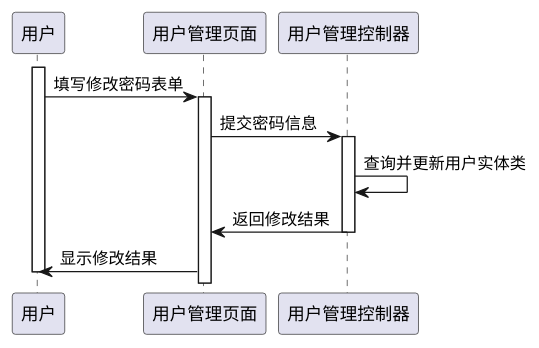
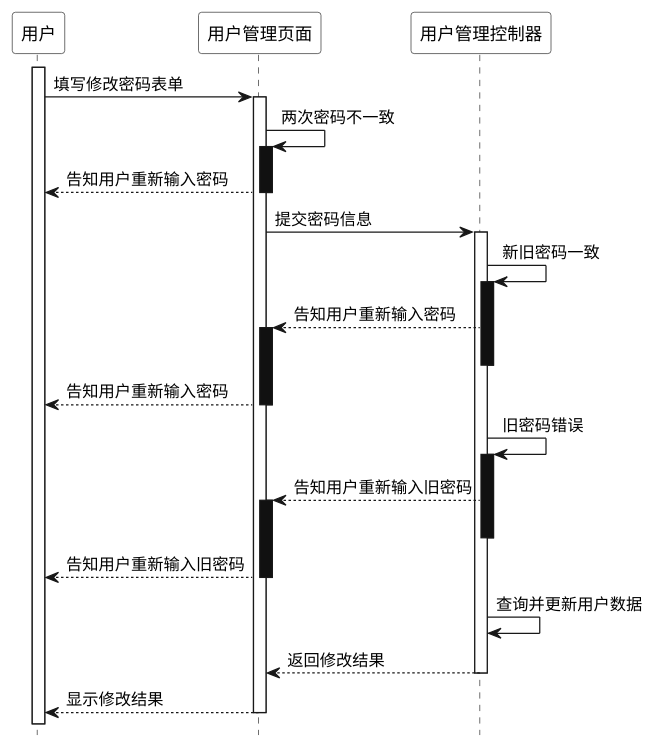
The diagram in resouces/drawio/UML_Sequence/user/changepwd.puml (coderyjc/certificate_analysis), drawn with PlantUML before and after one commit. The commit also changed 12 other files, not shown here.

Commit message:
更新UML序列图

```diff
--- a/resouces/drawio/UML_Sequence/user/changepwd.puml
+++ b/resouces/drawio/UML_Sequence/user/changepwd.puml
@@ -1,23 +1,52 @@
 @startuml user_changepwd
+
+hide footbox
+skinparam sequence {
+  ParticipantBackgroundColor #fff
+  ParticipantFontColor #000
+}
 
 participant 用户
 participant 用户管理页面
 participant 用户管理控制器
 
-
 activate 用户
 用户 -> 用户管理页面: 填写修改密码表单
+
 activate 用户管理页面
+用户管理页面 -> 用户管理页面: 两次密码不一致
+
+activate 用户管理页面 #1
+用户管理页面 --> 用户: 告知用户重新输入密码
+deactivate 用户管理页面 #1
 
 用户管理页面 -> 用户管理控制器: 提交密码信息
+
 activate 用户管理控制器
+用户管理控制器 -> 用户管理控制器: 新旧密码一致
 
-用户管理控制器 -> 用户管理控制器: 查询并更新用户实体类
+activate 用户管理控制器 #1
+用户管理控制器 --> 用户管理页面: 告知用户重新输入密码
+activate 用户管理页面 #1
+deactivate 用户管理控制器 #1
 
-用户管理控制器 -> 用户管理页面: 返回修改结果
+用户管理页面 --> 用户: 告知用户重新输入密码
+deactivate 用户管理页面 #1
+
+用户管理控制器 -> 用户管理控制器: 旧密码错误
+
+activate 用户管理控制器 #1
+用户管理控制器 --> 用户管理页面: 告知用户重新输入旧密码
+activate 用户管理页面 #1
+deactivate 用户管理控制器 #1
+用户管理页面 --> 用户: 告知用户重新输入旧密码
+deactivate 用户管理页面 #1
+
+用户管理控制器 -> 用户管理控制器: 查询并更新用户数据
+用户管理控制器 --> 用户管理页面: 返回修改结果
 deactivate 用户管理控制器
 
-用户管理页面 -> 用户: 显示修改结果
-deactivate 用户
+用户管理页面 --> 用户: 显示修改结果
+deactivate 用户管理页面
 
 @enduml
```
